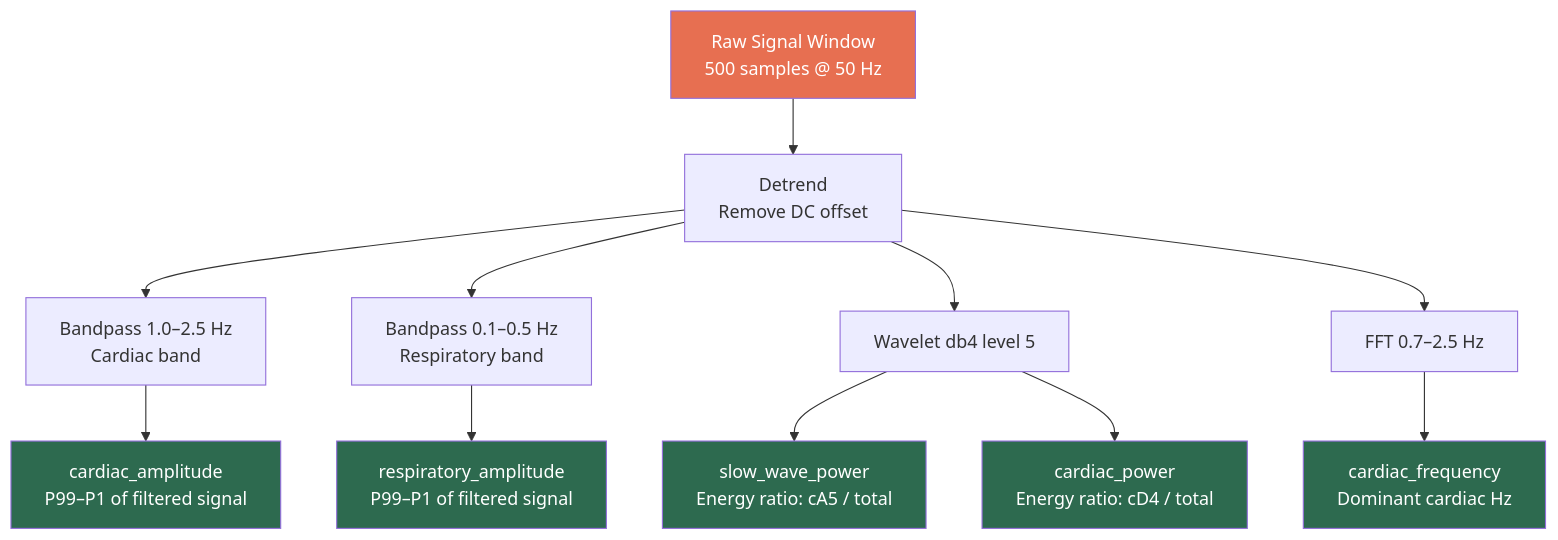
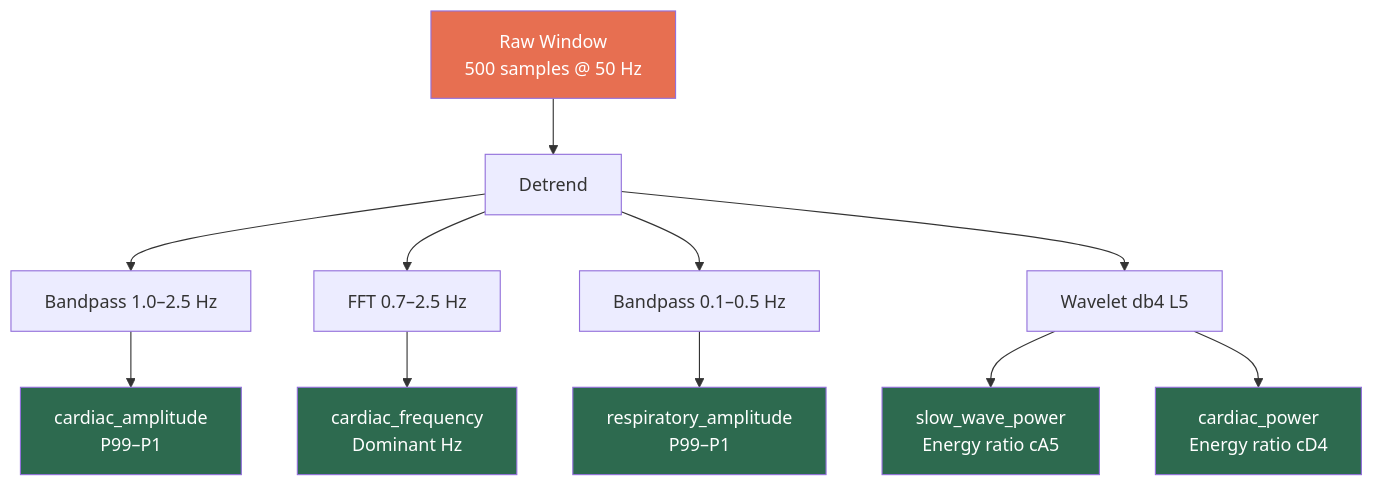
One commit to eshaansingla/Pran changed the second of 5 diagrams in README.md. Above: the diagram before and after it, drawn with Mermaid. The commit also changed other lines of this file and 4 other files, not shown here.

````diff
--- a/README.md
+++ b/README.md
@@ -113,20 +114,16 @@
 ```mermaid
 graph TD
-    Raw["Raw Signal Window\n500 samples @ 50 Hz"] --> Detrend["Detrend\nRemove DC offset"]
-    Detrend --> Card["Bandpass 1.0–2.5 Hz\nCardiac band"]
-    Detrend --> Resp["Bandpass 0.1–0.5 Hz\nRespiratory band"]
-    Detrend --> Wave["Wavelet db4 level 5"]
-    Detrend --> FFT["FFT 0.7–2.5 Hz"]
-    Card --> F1["cardiac_amplitude\nP99–P1 of filtered signal"]
-    FFT  --> F2["cardiac_frequency\nDominant cardiac Hz"]
-    Resp --> F3["respiratory_amplitude\nP99–P1 of filtered signal"]
-    Wave --> F4["slow_wave_power\nEnergy ratio: cA5 / total"]
-    Wave --> F5["cardiac_power\nEnergy ratio: cD4 / total"]
+    Raw["Raw Window\n500 samples @ 50 Hz"] --> Dt["Detrend"]
+    Dt --> BPC["Bandpass 1.0–2.5 Hz"] --> F1["cardiac_amplitude\nP99–P1"]
+    Dt --> FFT["FFT 0.7–2.5 Hz"]     --> F2["cardiac_frequency\nDominant Hz"]
+    Dt --> BPR["Bandpass 0.1–0.5 Hz"] --> F3["respiratory_amplitude\nP99–P1"]
+    Dt --> WV["Wavelet db4 L5"]        --> F4["slow_wave_power\nEnergy ratio cA5"]
+    WV                                 --> F5["cardiac_power\nEnergy ratio cD4"]
 
     style Raw fill:#e76f51,color:#fff
     style F1 fill:#2d6a4f,color:#fff
     style F2 fill:#2d6a4f,color:#fff
     style F3 fill:#2d6a4f,color:#fff
     style F4 fill:#2d6a4f,color:#fff
     style F5 fill:#2d6a4f,color:#fff
 ```
````
